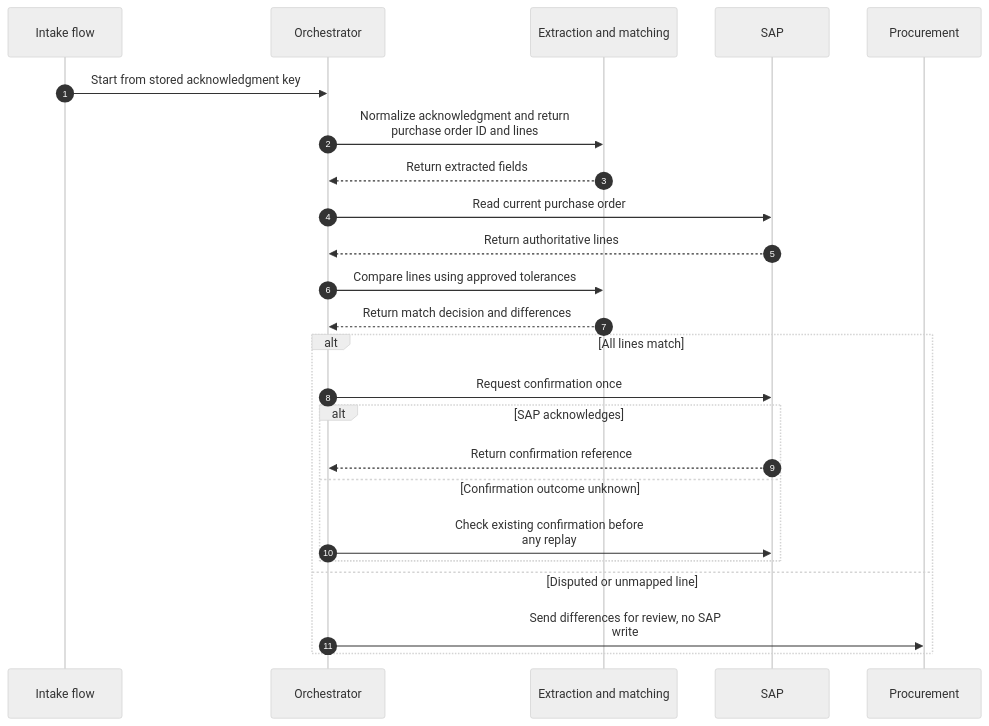
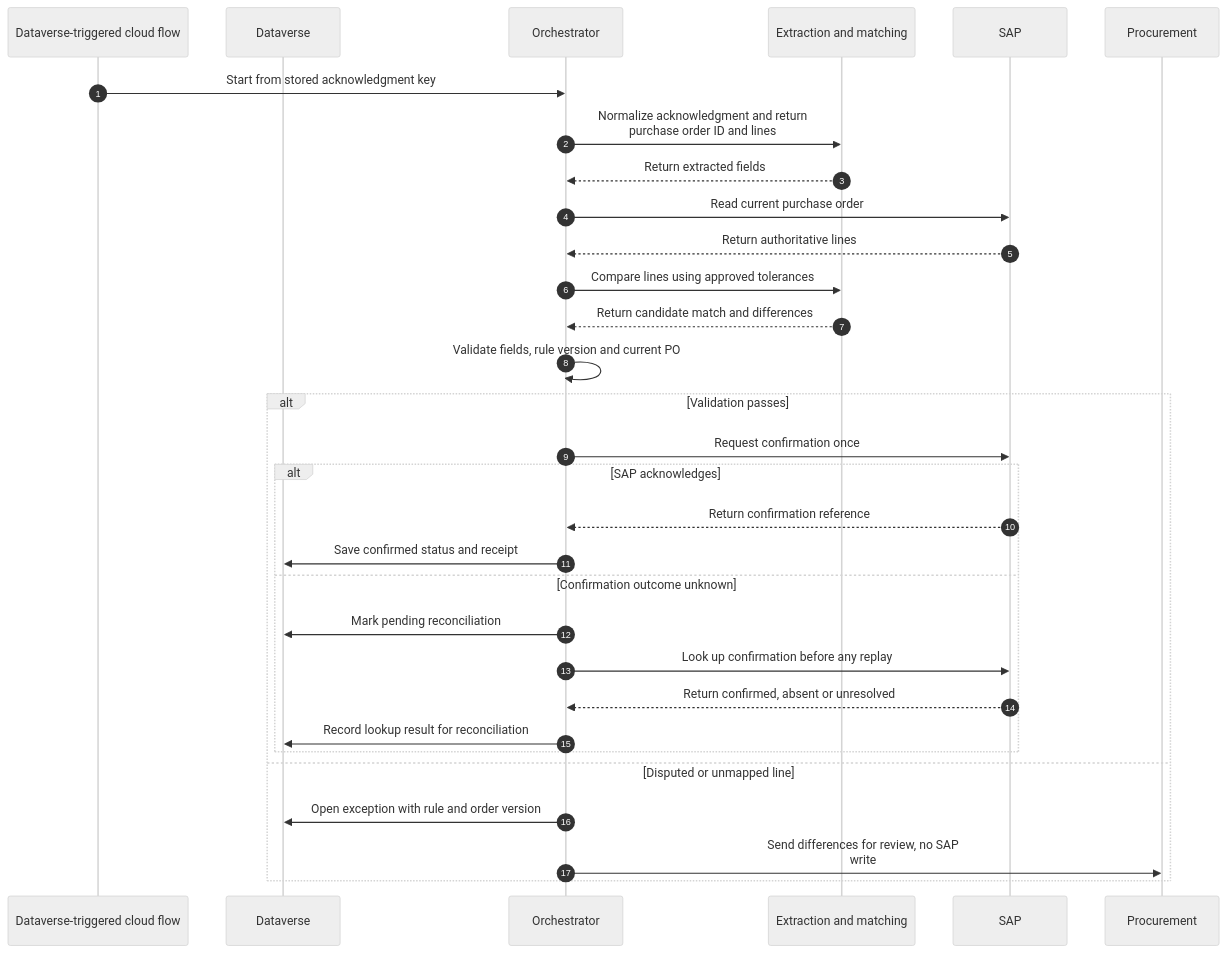
One commit to abhishek-ai-enabler/copilotstudio-architecture-patterns changed the second of 2 diagrams in reference-architectures/sap-order-acknowledgments.md. Above: the diagram before and after it, drawn with Mermaid (neutral theme). The commit also changed other lines of this file and 21 other files, not shown here.

````diff
--- a/reference-architectures/sap-order-acknowledgments.md
+++ b/reference-architectures/sap-order-acknowledgments.md
@@ -39,27 +45,34 @@
 ```mermaid
 sequenceDiagram
     accTitle: Match supplier acknowledgments to SAP purchase orders - technical flow
     autonumber
-    participant F as Intake flow
+    participant F as Dataverse-triggered cloud flow
+    participant D as Dataverse
     participant A as Orchestrator
     participant M as Extraction and matching
     participant P as SAP
     participant H as Procurement
     F->>A: Start from stored acknowledgment key
     A->>M: Normalize acknowledgment and return<br/>purchase order ID and lines
     M-->>A: Return extracted fields
     A->>P: Read current purchase order
     P-->>A: Return authoritative lines
     A->>M: Compare lines using approved tolerances
-    M-->>A: Return match decision and differences
-    alt All lines match
+    M-->>A: Return candidate match and differences
+    A->>A: Validate fields, rule version and current PO
+    alt Validation passes
         A->>P: Request confirmation once
         alt SAP acknowledges
             P-->>A: Return confirmation reference
+            A->>D: Save confirmed status and receipt
         else Confirmation outcome unknown
-            A->>P: Check existing confirmation before<br/>any replay
+            A->>D: Mark pending reconciliation
+            A->>P: Look up confirmation before any replay
+            P-->>A: Return confirmed, absent or unresolved
+            A->>D: Record lookup result for reconciliation
         end
     else Disputed or unmapped line
+        A->>D: Open exception with rule and order version
         A->>H: Send differences for review, no SAP<br/>write
     end
 ```
````
